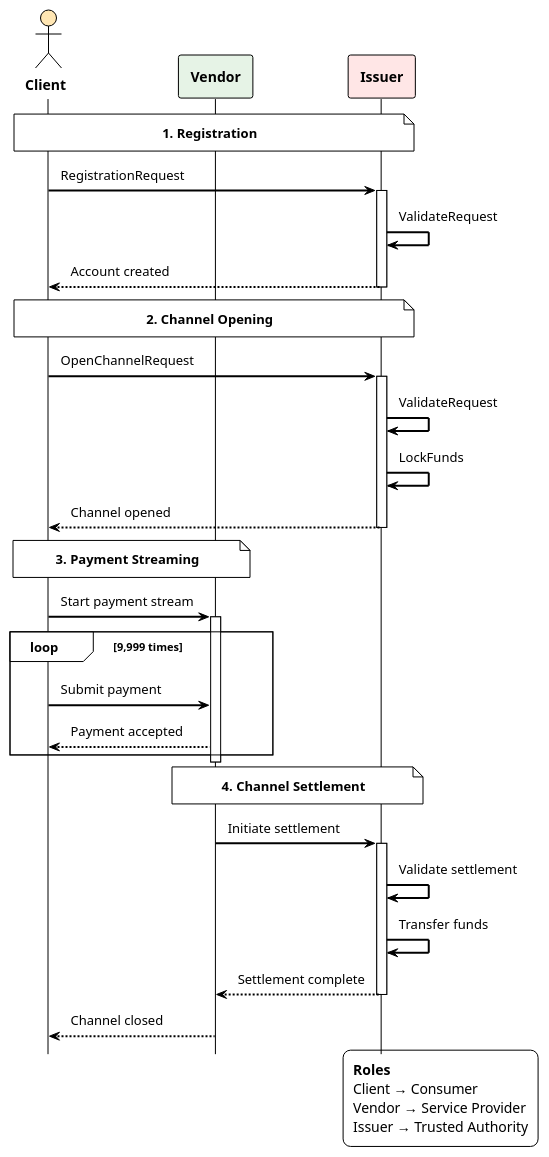
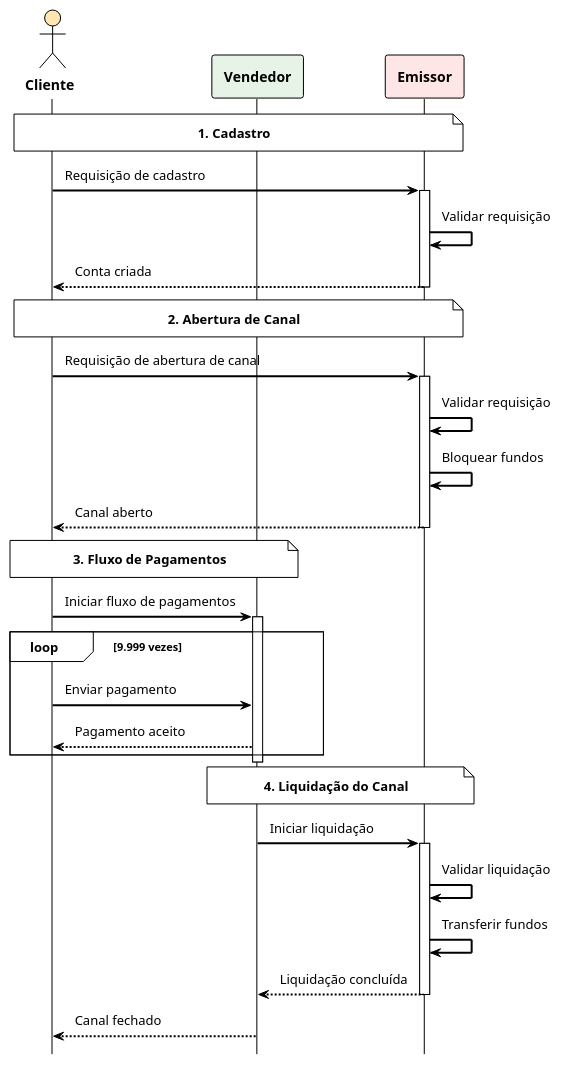
One commit to otaviootavio/nanomoni changed the diagram in umls/system-overview.puml. Above: the diagram before and after it, drawn with PlantUML. The commit also changed 161 other files, not shown here.

```diff
--- a/umls/system-overview.puml
+++ b/umls/system-overview.puml
@@ -1,65 +1,58 @@
 @startuml System_Overview
 
 !theme plain
 skinparam backgroundColor white
 skinparam componentStyle rectangle
 skinparam padding 5
 skinparam BoxPadding 5
 skinparam RectanglePadding 5
 skinparam NotePadding 2
 skinparam RectangleBorderThickness 2
 skinparam Shadowing false
 skinparam ArrowThickness 2
 
 hide footbox
 
-actor "**Client**" as Client #FFE6B3
-participant "**Vendor**" as Vendor #E6F3E6
-participant "**Issuer**" as Issuer #FFE6E6
+actor "**Cliente**" as Client #FFE6B3
+participant "**Vendedor**" as Vendor #E6F3E6
+participant "**Emissor**" as Issuer #FFE6E6
 
-legend right
-  **Roles**
-  Client → Consumer
-  Vendor → Service Provider
-  Issuer → Trusted Authority
-endlegend
-
-note over Client, Issuer: **1. Registration**
-Client -> Issuer: RegistrationRequest
+note over Client, Issuer: **1. Cadastro**
+Client -> Issuer: Requisição de cadastro
 activate Issuer
-Issuer -> Issuer: ValidateRequest
-Issuer --> Client: Account created
+Issuer -> Issuer: Validar requisição
+Issuer --> Client: Conta criada
 deactivate Issuer
 
-note over Client, Issuer: **2. Channel Opening**
-Client -> Issuer: OpenChannelRequest
+note over Client, Issuer: **2. Abertura de Canal**
+Client -> Issuer: Requisição de abertura de canal
 activate Issuer
-Issuer -> Issuer: ValidateRequest
-Issuer -> Issuer: LockFunds
-Issuer --> Client: Channel opened
+Issuer -> Issuer: Validar requisição
+Issuer -> Issuer: Bloquear fundos
+Issuer --> Client: Canal aberto
 deactivate Issuer
 
 
-note over Client, Vendor: **3. Payment Streaming**
-Client -> Vendor: Start payment stream
+note over Client, Vendor: **3. Fluxo de Pagamentos**
+Client -> Vendor: Iniciar fluxo de pagamentos
 activate Vendor
 
-loop 9,999 times
-  Client -> Vendor: Submit payment
-  Vendor --> Client: Payment accepted
+loop 9.999 vezes
+  Client -> Vendor: Enviar pagamento
+  Vendor --> Client: Pagamento aceito
 end
 
 deactivate Vendor
 
 
-note over Vendor, Issuer: **4. Channel Settlement**
-Vendor -> Issuer: Initiate settlement
+note over Vendor, Issuer: **4. Liquidação do Canal**
+Vendor -> Issuer: Iniciar liquidação
 activate Issuer
-Issuer -> Issuer: Validate settlement
-Issuer -> Issuer: Transfer funds
-Issuer --> Vendor: Settlement complete
+Issuer -> Issuer: Validar liquidação
+Issuer -> Issuer: Transferir fundos
+Issuer --> Vendor: Liquidação concluída
 deactivate Issuer
 
-Vendor --> Client: Channel closed
+Vendor --> Client: Canal fechado
 
 @enduml
```
